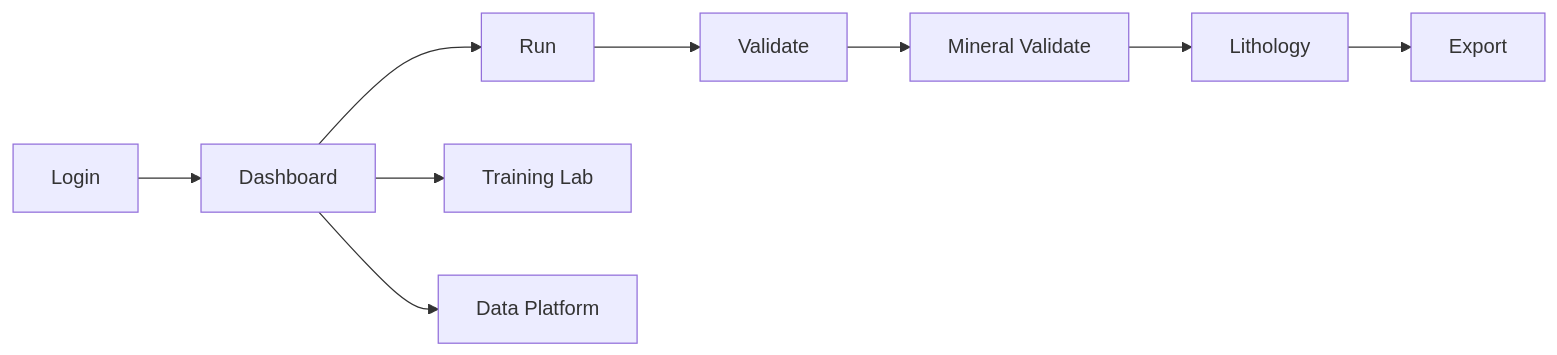
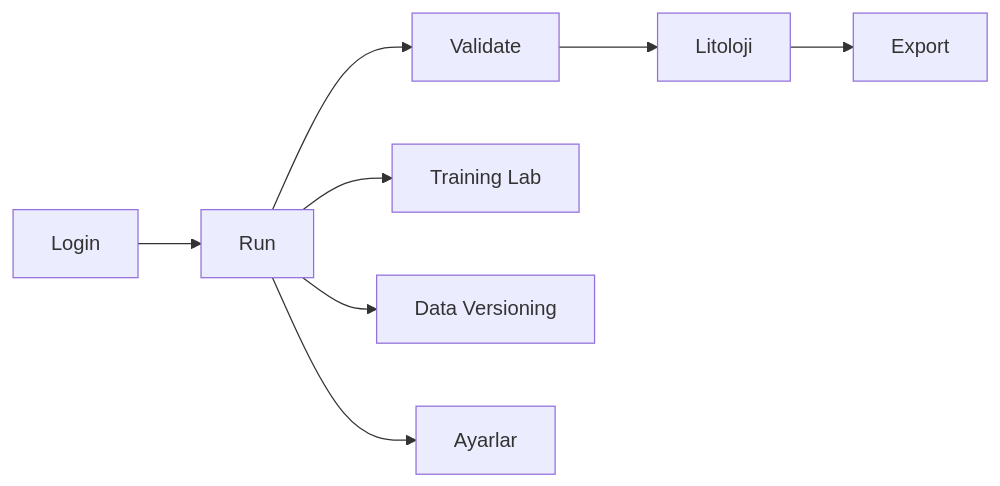
Before and after one commit to codecrew-cell/inovako-esan-docs: the diagram in docs/guides/user-walkthrough.mdx, drawn with Mermaid. The commit also changed other lines of this file and 25 other files, not shown here.

````diff
--- a/docs/guides/user-walkthrough.mdx
+++ b/docs/guides/user-walkthrough.mdx
@@ -12,11 +12,10 @@
 ```mermaid
 flowchart LR
-    Login[Login] --> Dashboard[Dashboard]
-    Dashboard --> Run[Run]
+    Login[Login] --> Run[Run]
     Run --> Validate[Validate]
-    Validate --> Mineral[Mineral Validate]
-    Mineral --> Lithology[Lithology]
+    Validate --> Lithology[Litoloji]
     Lithology --> Export[Export]
-    Dashboard --> Training[Training Lab]
-    Dashboard --> Data[Data Platform]
+    Run --> Training[Training Lab]
+    Run --> Data[Data Versioning]
+    Run --> Settings[Ayarlar]
 ```
````
